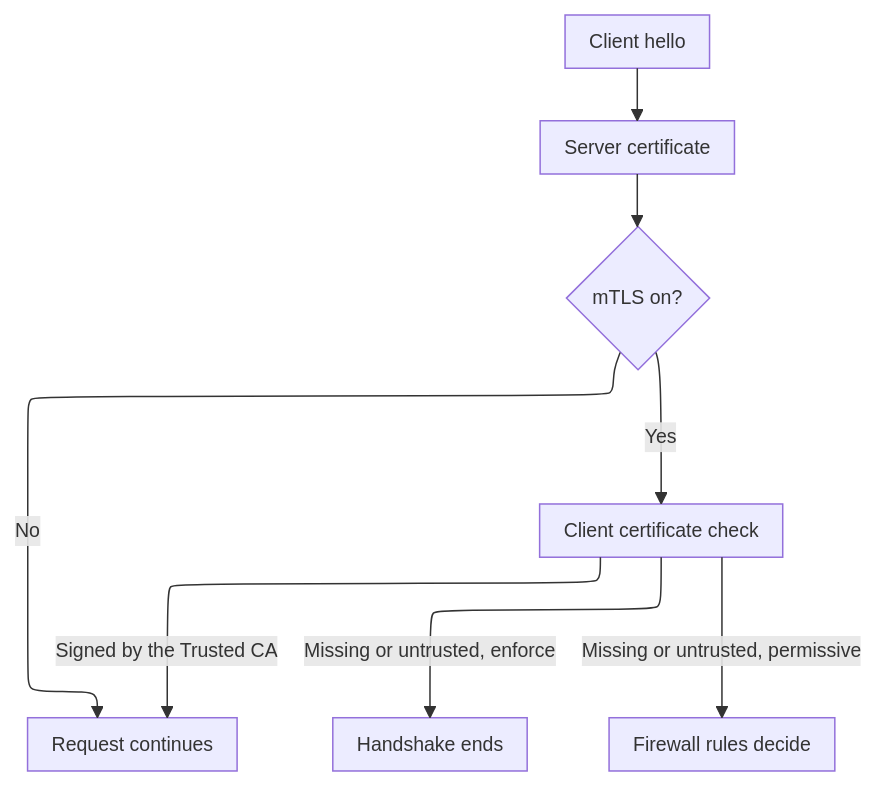
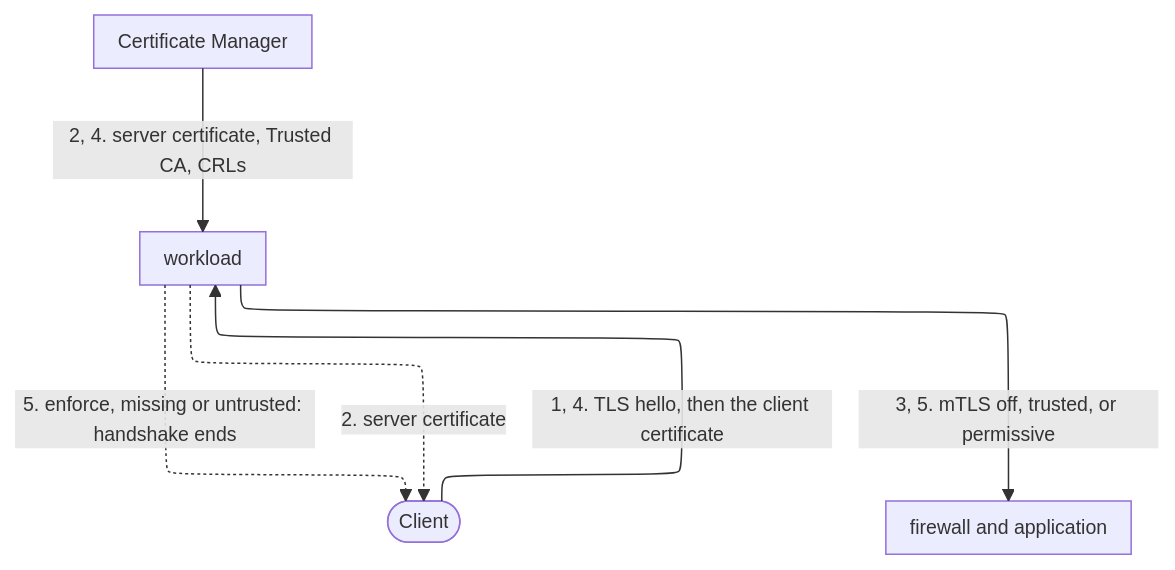
Before and after one commit to aziontech/docs: the third of 5 diagrams in apps/docs/src/content/docs/en/pages/secure/workloads/how-it-works.mdx, drawn with Mermaid. The commit also changed other lines of this file and 7 other files, not shown here.

````diff
--- a/apps/docs/src/content/docs/en/pages/secure/workloads/how-it-works.mdx
+++ b/apps/docs/src/content/docs/en/pages/secure/workloads/how-it-works.mdx
@@ -158,11 +200,13 @@
 ```mermaid
-%%{init: {"layout": "elk", "themeVariables": {"fontSize": "13px"}, "flowchart": {"nodeSpacing": 24, "rankSpacing": 36, "padding": 8, "wrappingWidth": 150, "useMaxWidth": true}, "sequence": {"width": 120, "actorMargin": 30, "useMaxWidth": true}}}%%
+%%{init: {"layout": "elk", "elk": {"cycleBreakingStrategy": "MODEL_ORDER"}, "themeVariables": {"fontSize": "13px"}, "flowchart": {"nodeSpacing": 24, "rankSpacing": 36, "padding": 8, "wrappingWidth": 150, "useMaxWidth": true}, "sequence": {"width": 120, "actorMargin": 30, "useMaxWidth": true}}}%%
 flowchart TD
-  Hello["Client hello"] --> Server["Server certificate"]
-  Server --> Mtls{"mTLS on?"}
-  Mtls -->|"No"| Pass["Request continues"]
-  Mtls -->|"Yes"| Check["Client certificate check"]
-  Check -->|"Signed by the Trusted CA"| Pass
-  Check -->|"Missing or untrusted, enforce"| End["Handshake ends"]
-  Check -->|"Missing or untrusted, permissive"| Rules["Firewall rules decide"]
+  Client(["Client"])
+  WL["workload"]
+  CM["Certificate Manager"]
+  FW["firewall and application"]
+  Client -->|"1, 4. TLS hello, then the client certificate"| WL
+  CM -->|"2, 4. server certificate, Trusted CA, CRLs"| WL
+  WL -.->|"2. server certificate"| Client
+  WL -.->|"5. enforce, missing or untrusted: handshake ends"| Client
+  WL -->|"3, 5. mTLS off, trusted, or permissive"| FW
 ```
````
